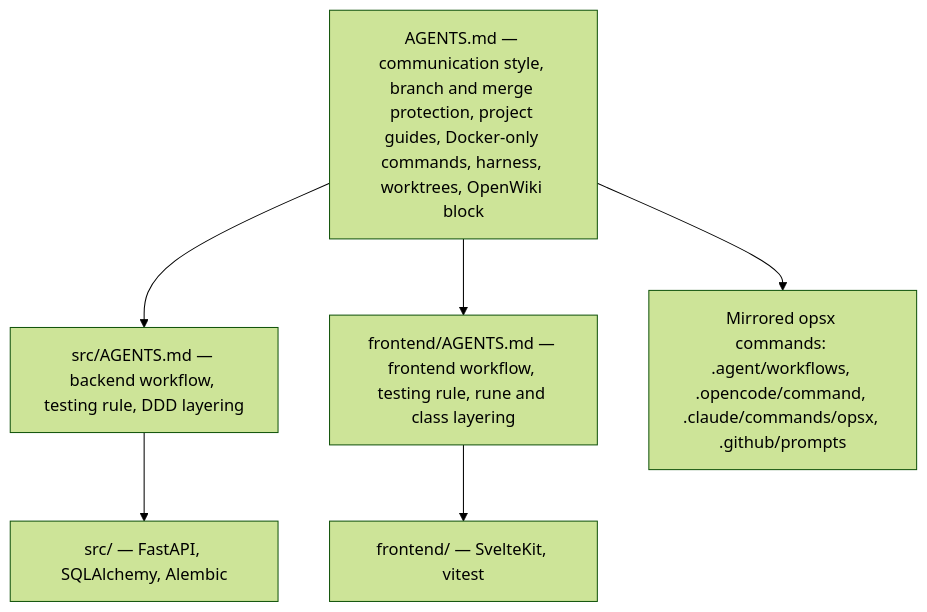
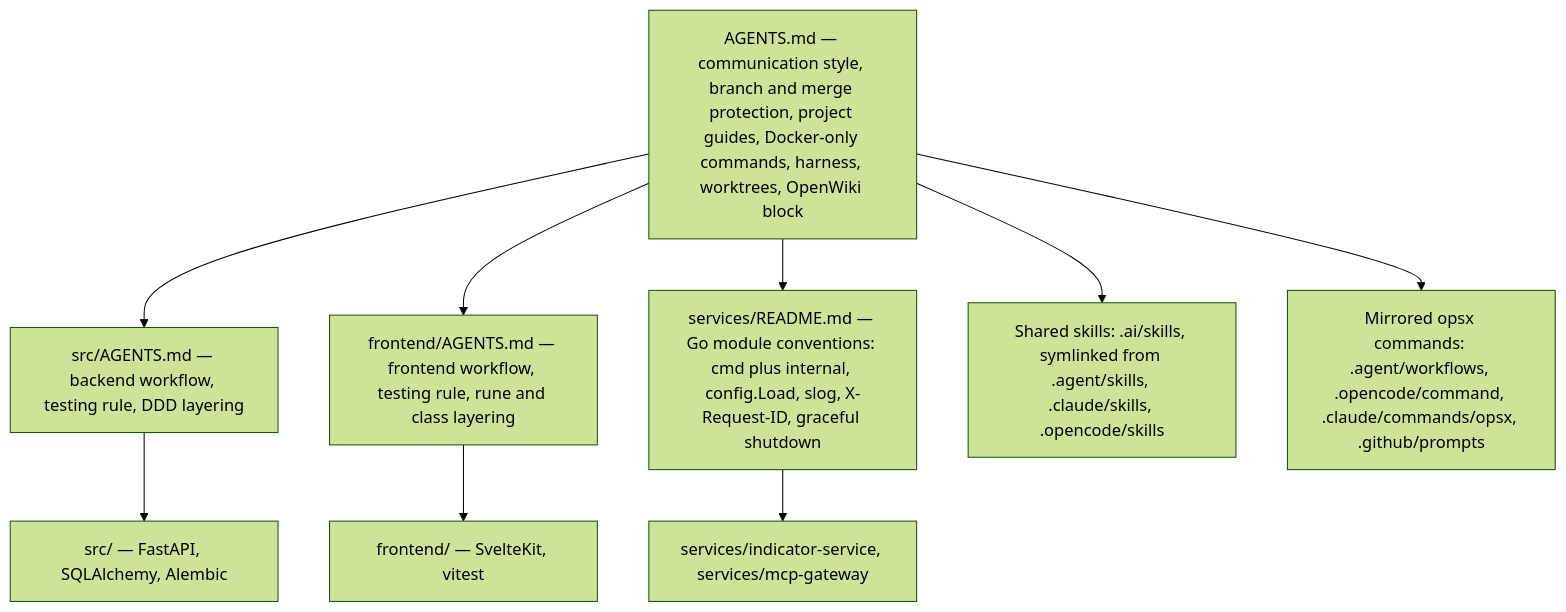
Before and after one commit to havekes/retail-portfolio: the third of 4 diagrams in openwiki/operations/workflows.md, drawn with Mermaid (forest theme). The commit also changed other lines of this file and 57 other files, not shown here.

````diff
--- a/openwiki/operations/workflows.md
+++ b/openwiki/operations/workflows.md
@@ -562,8 +644,11 @@
 ```mermaid
 flowchart TD
     Root["AGENTS.md — communication style, branch and merge protection, project guides, Docker-only commands, harness, worktrees, OpenWiki block"] --> BE["src/AGENTS.md — backend workflow, testing rule, DDD layering"]
     Root --> FE["frontend/AGENTS.md — frontend workflow, testing rule, rune and class layering"]
+    Root --> GO["services/README.md — Go module conventions: cmd plus internal, config.Load, slog, X-Request-ID, graceful shutdown"]
+    Root --> SK["Shared skills: .ai/skills, symlinked from .agent/skills, .claude/skills, .opencode/skills"]
     Root --> M["Mirrored opsx commands: .agent/workflows, .opencode/command, .claude/commands/opsx, .github/prompts"]
     BE --> SRC["src/ — FastAPI, SQLAlchemy, Alembic"]
     FE --> FRT["frontend/ — SvelteKit, vitest"]
+    GO --> SVC["services/indicator-service, services/mcp-gateway"]
 ```
````
